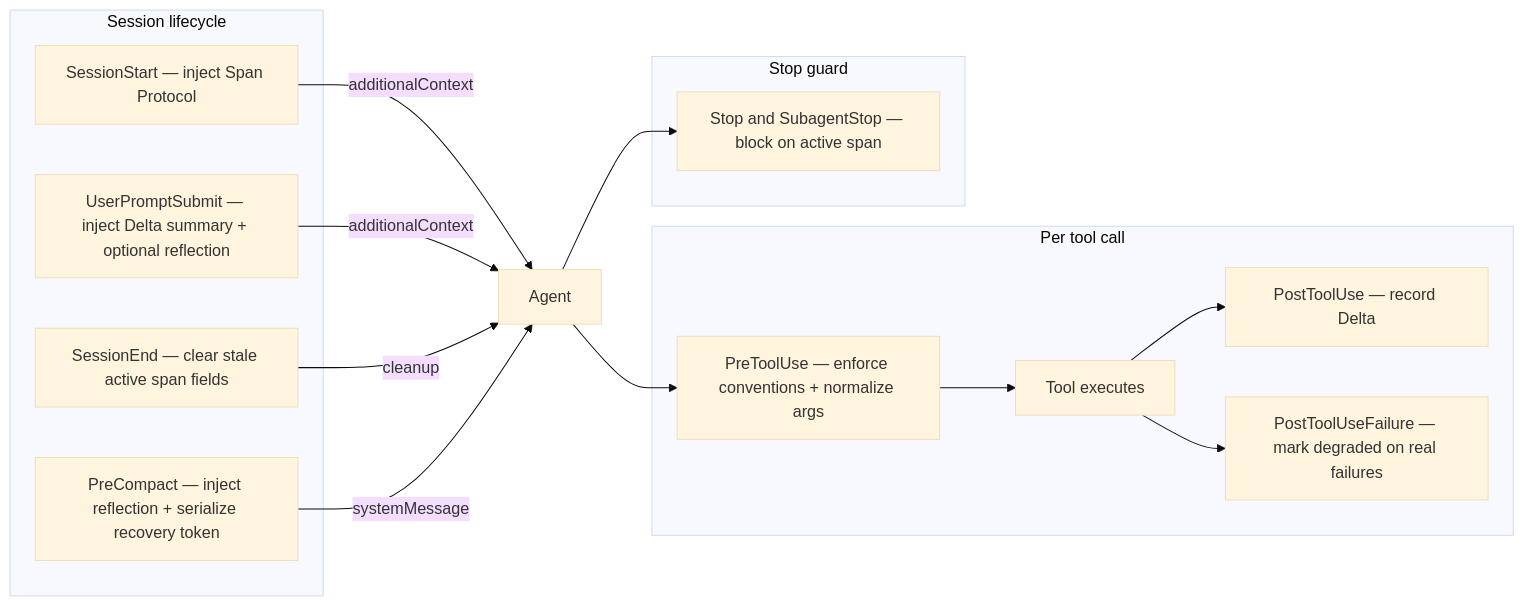
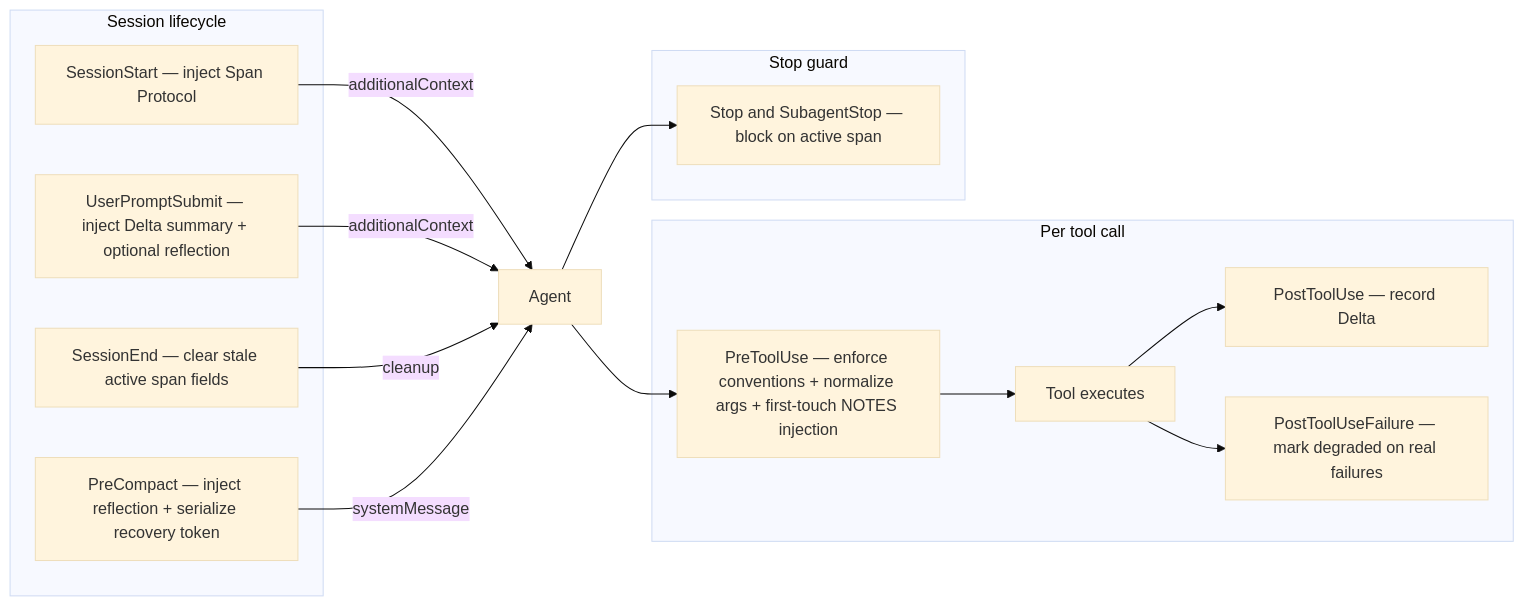
Before and after one commit to jianzhichun/emerge: the fourth of 4 diagrams in README.md, drawn with Mermaid (base theme). The commit also changed other lines of this file and 12 other files, not shown here.

````diff
--- a/README.md
+++ b/README.md
@@ -225,28 +225,28 @@
 ```mermaid
 flowchart LR
   subgraph session [Session lifecycle]
     SS[SessionStart — inject Span Protocol]
     UPS[UserPromptSubmit — inject Delta summary + optional reflection]
     SE[SessionEnd — clear stale active span fields]
     PC[PreCompact — inject reflection + serialize recovery token]
   end
 
   subgraph percall [Per tool call]
-    PTU[PreToolUse — enforce conventions + normalize args]
+    PTU[PreToolUse — enforce conventions + normalize args + first-touch NOTES injection]
     EX[Tool executes]
     POTU[PostToolUse — record Delta]
     PTF[PostToolUseFailure — mark degraded on real failures]
   end
 
   subgraph stopguard [Stop guard]
     ST[Stop and SubagentStop — block on active span]
   end
 
   SS -->|additionalContext| Agent
   UPS -->|additionalContext| Agent
   SE -->|cleanup| Agent
   PC -->|systemMessage| Agent
   Agent --> PTU --> EX --> POTU
   EX --> PTF
   Agent --> ST
 ```
````
